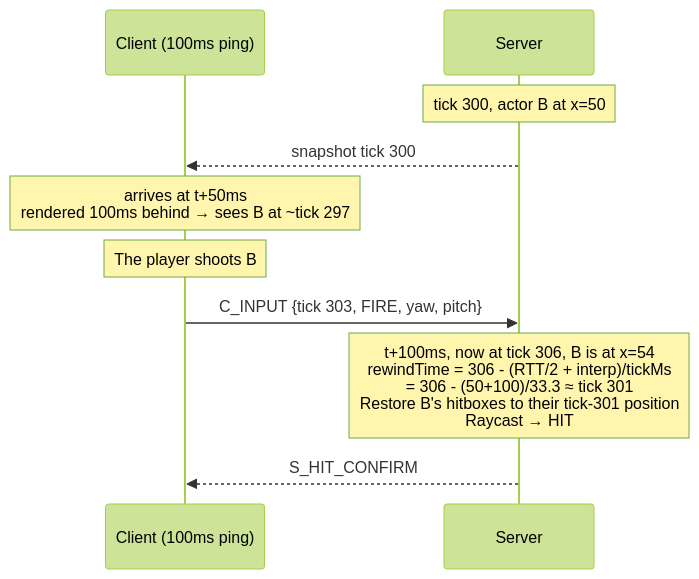
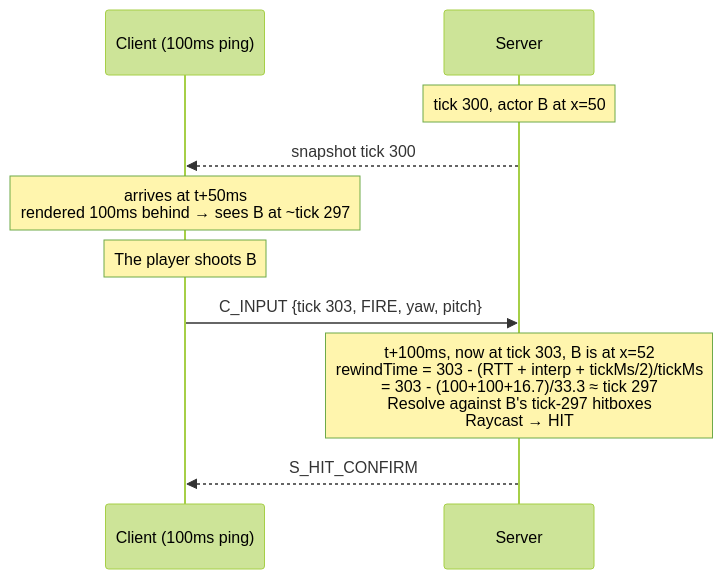
One commit to Nghaiz/LTM changed the second of 3 diagrams in plans/00-shared/protocol-spec.md. Above: the diagram before and after it, drawn with Mermaid (forest theme). The commit also changed other lines of this file and 19 other files, not shown here.

````diff
--- a/plans/00-shared/protocol-spec.md
+++ b/plans/00-shared/protocol-spec.md
@@ -1256,12 +1257,12 @@
 ```mermaid
 sequenceDiagram
     participant C as Client (100ms ping)
     participant S as Server
     Note over S: tick 300, actor B at x=50
     S-->>C: snapshot tick 300
     Note over C: arrives at t+50ms<br/>rendered 100ms behind → sees B at ~tick 297
     Note over C: The player shoots B
     C->>S: C_INPUT {tick 303, FIRE, yaw, pitch}
-    Note over S: t+100ms, now at tick 306, B is at x=54<br/>rewindTime = 306 - (RTT/2 + interp)/tickMs<br/>= 306 - (50+100)/33.3 ≈ tick 301<br/>Restore B's hitboxes to their tick-301 position<br/>Raycast → HIT
+    Note over S: t+100ms, now at tick 303, B is at x=52<br/>rewindTime = 303 - (RTT + interp + tickMs/2)/tickMs<br/>= 303 - (100+100+16.7)/33.3 ≈ tick 297<br/>Resolve against B's tick-297 hitboxes<br/>Raycast → HIT
     S-->>C: S_HIT_CONFIRM
 ```
````
